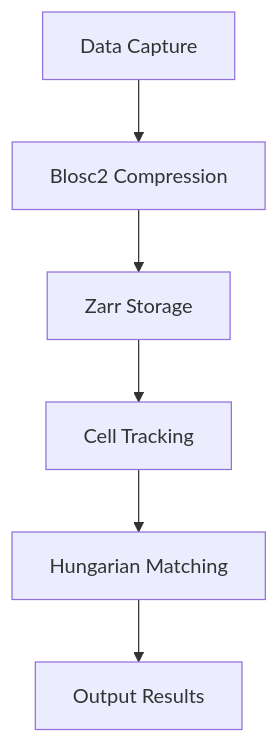
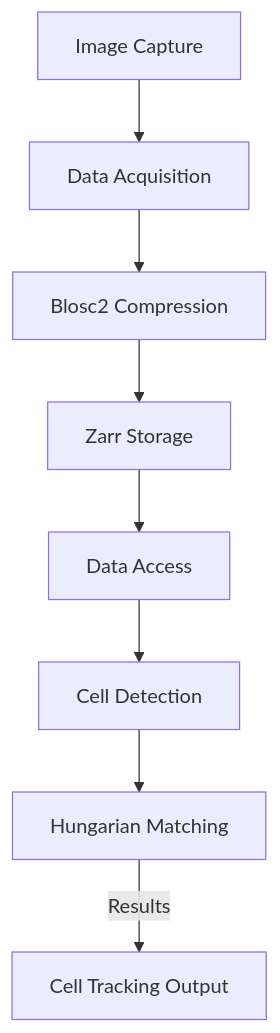
Before and after one commit to BerattCelikk/daily-engineering-log: the diagram in medium-drafts/2026-09-14-volumetric-cell-tracking-in-compressed-4d-microscopy-overcom.md, drawn with Mermaid. The commit also changed other lines of this file, not shown here.

Commit message:
Add Medium draft: Volumetric Cell Tracking in Compressed 4D Microscopy: Overcoming Blosc2 Zarr & Hungarian Bipartite Matching [2026-09-14]

````diff
--- a/medium-drafts/2026-09-14-volumetric-cell-tracking-in-compressed-4d-microscopy-overcom.md
+++ b/medium-drafts/2026-09-14-volumetric-cell-tracking-in-compressed-4d-microscopy-overcom.md
@@ -63,8 +68,10 @@
 ```mermaid
 flowchart TD
-    A[Data Capture] --> B[Blosc2 Compression]
-    B --> C[Zarr Storage]
-    C --> D[Cell Tracking]
-    D --> E[Hungarian Matching]
-    E --> F[Output Results]
+    A[Image Capture] --> B[Data Acquisition]
+    B --> C[Blosc2 Compression]
+    C --> D[Zarr Storage]
+    D --> E[Data Access]
+    E --> F[Cell Detection]
+    F --> G[Hungarian Matching]
+    G -->|Results| H[Cell Tracking Output]
 ```
````
